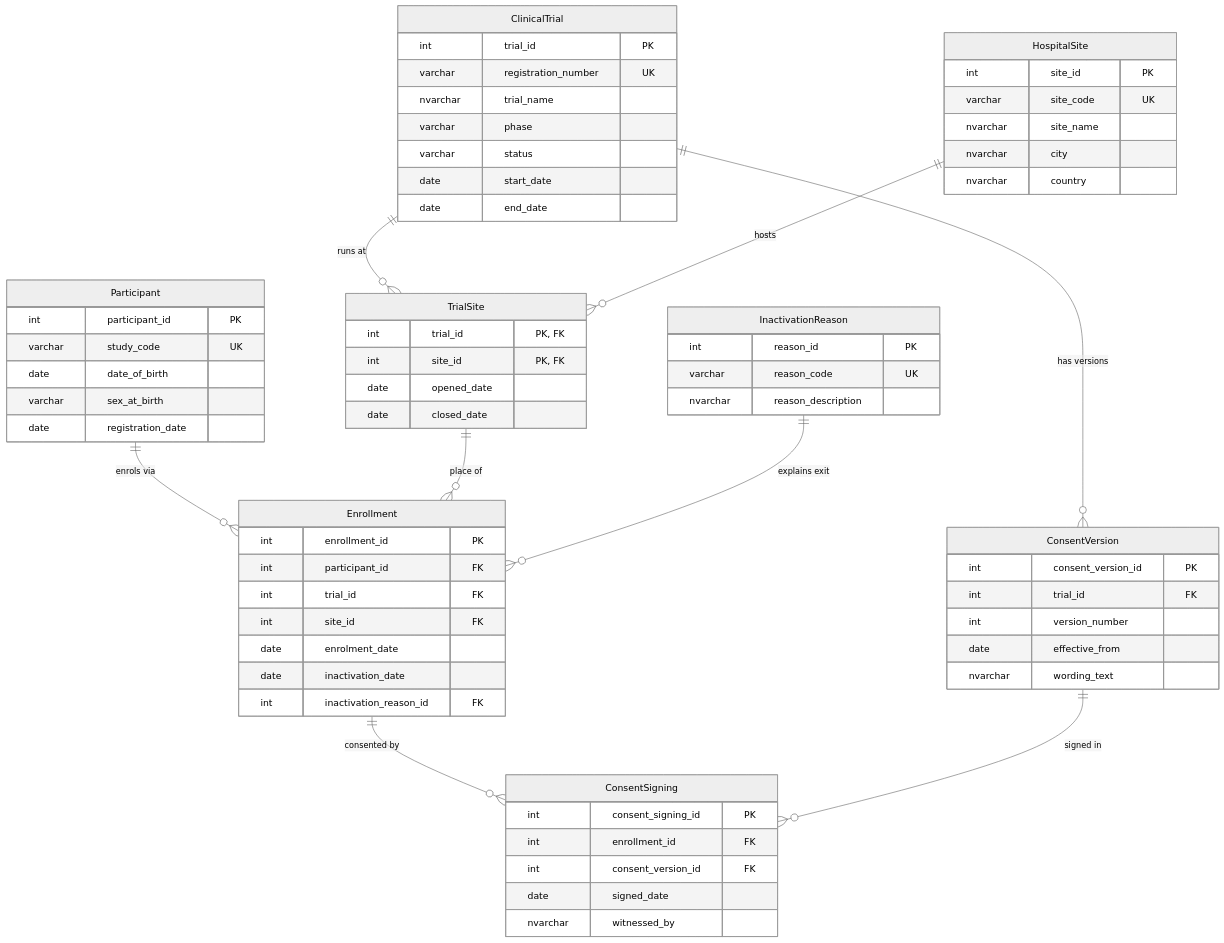
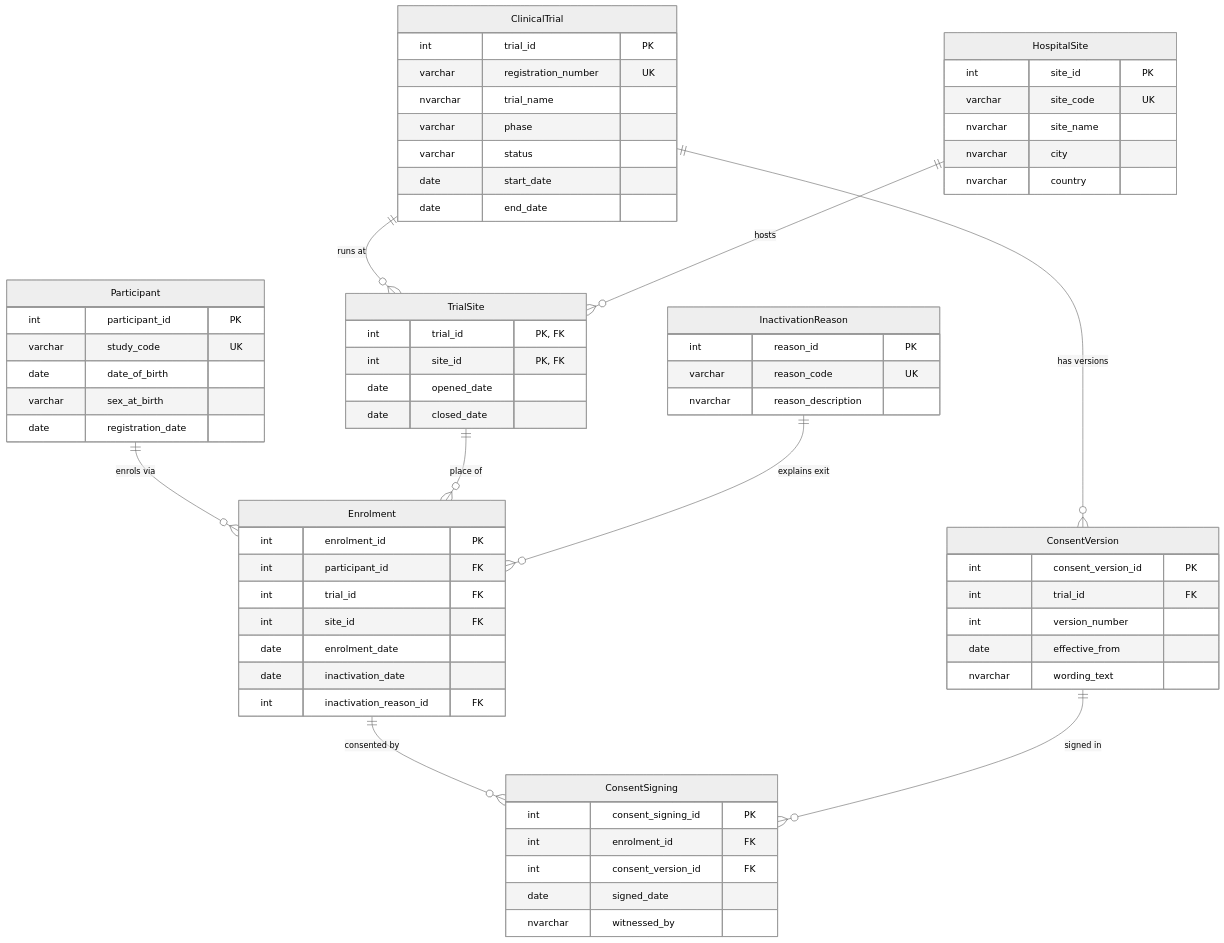
One commit to Lainsm/HDS06 changed the diagram in _erd_src.qmd. Above: the diagram before and after it, drawn with Mermaid. The commit also changed 5 other files, not shown here.

````diff
--- a/_erd_src.qmd
+++ b/_erd_src.qmd
@@ -18,70 +18,70 @@
 ```{mermaid}
 %%{init: {"theme":"neutral", "er": {"diagramPadding": 60, "entityPadding": 18, "useMaxWidth": false}}}%%
 erDiagram
     ClinicalTrial      ||--o{ TrialSite       : "runs at"
     HospitalSite       ||--o{ TrialSite       : "hosts"
     ClinicalTrial      ||--o{ ConsentVersion  : "has versions"
-    Participant        ||--o{ Enrollment      : "enrols via"
-    TrialSite          ||--o{ Enrollment      : "place of"
-    InactivationReason ||--o{ Enrollment      : "explains exit"
-    Enrollment         ||--o{ ConsentSigning  : "consented by"
+    Participant        ||--o{ Enrolment      : "enrols via"
+    TrialSite          ||--o{ Enrolment      : "place of"
+    InactivationReason ||--o{ Enrolment      : "explains exit"
+    Enrolment         ||--o{ ConsentSigning  : "consented by"
     ConsentVersion     ||--o{ ConsentSigning  : "signed in"
 
     ClinicalTrial {
         int trial_id PK
         varchar registration_number UK
         nvarchar trial_name
         varchar phase
         varchar status
         date start_date
         date end_date
     }
     HospitalSite {
         int site_id PK
         varchar site_code UK
         nvarchar site_name
         nvarchar city
         nvarchar country
     }
     Participant {
         int participant_id PK
         varchar study_code UK
         date date_of_birth
         varchar sex_at_birth
         date registration_date
     }
     InactivationReason {
         int reason_id PK
         varchar reason_code UK
         nvarchar reason_description
     }
     TrialSite {
         int trial_id "PK, FK"
         int site_id "PK, FK"
         date opened_date
         date closed_date
     }
     ConsentVersion {
         int consent_version_id PK
         int trial_id FK
         int version_number
         date effective_from
         nvarchar wording_text
     }
-    Enrollment {
-        int enrollment_id PK
+    Enrolment {
+        int enrolment_id PK
         int participant_id FK
         int trial_id FK
         int site_id FK
         date enrolment_date
         date inactivation_date
         int inactivation_reason_id FK
     }
     ConsentSigning {
         int consent_signing_id PK
-        int enrollment_id FK
+        int enrolment_id FK
         int consent_version_id FK
         date signed_date
         nvarchar witnessed_by
     }
 ```
````
